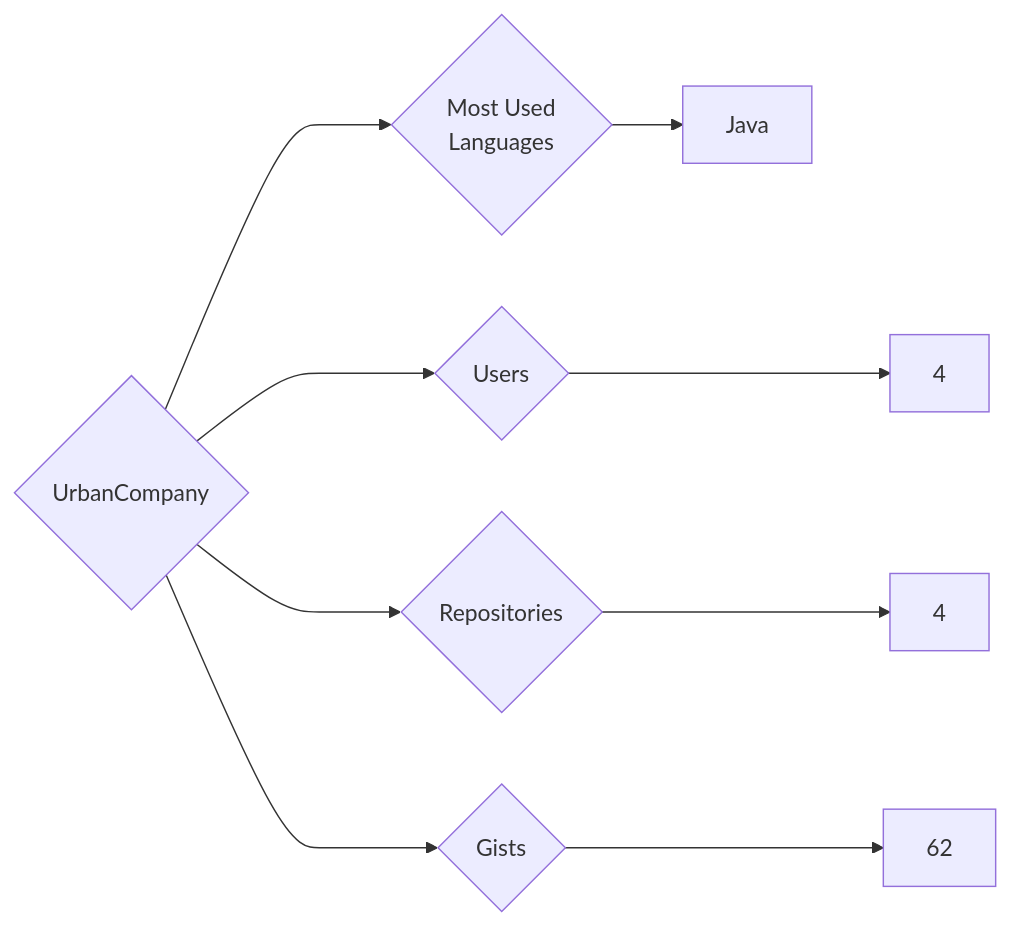
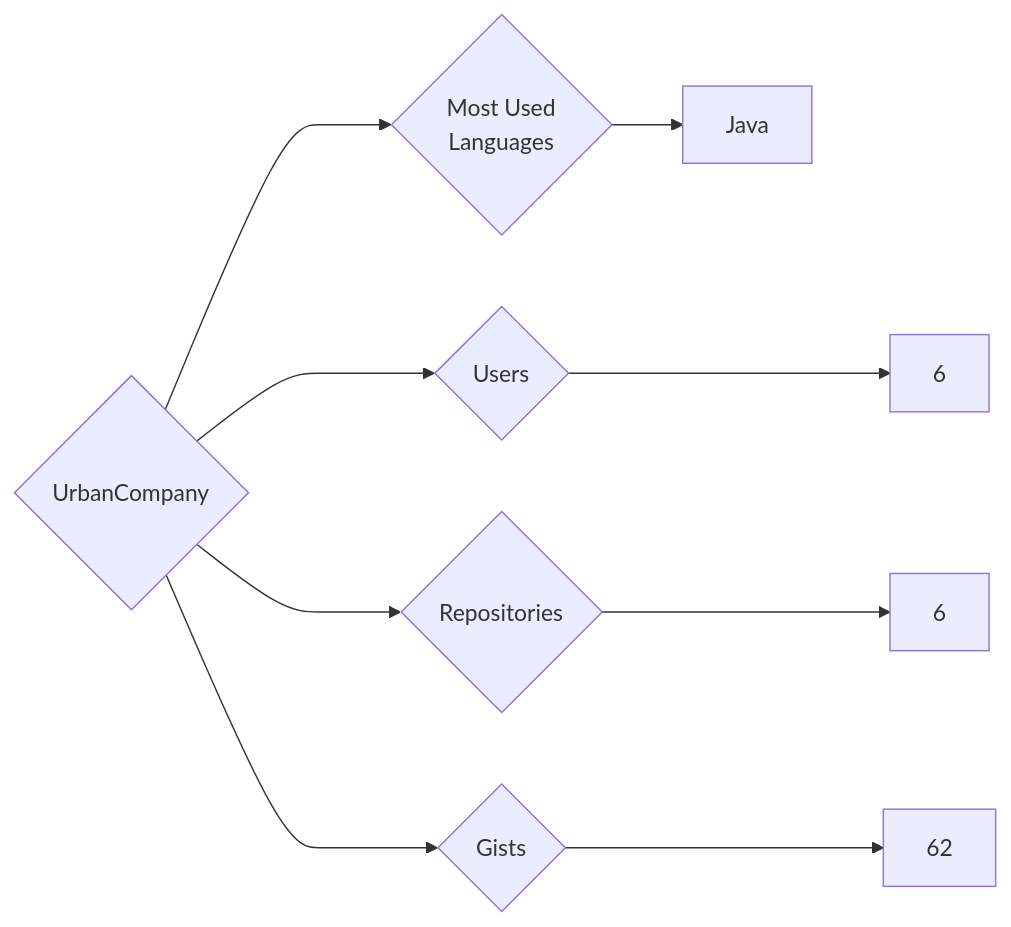
Before and after one commit to trickest/insiders: the diagram in targets/UrbanCompany/README.md, drawn with Mermaid. The commit also changed 1496 other files, not shown here.

````diff
--- a/targets/UrbanCompany/README.md
+++ b/targets/UrbanCompany/README.md
@@ -3,9 +3,9 @@
 ```mermaid
 graph LR
 COMPANY_NAME{UrbanCompany}
-COMPANY_NAME ---> U{Users} ---> UN[4]
-COMPANY_NAME ---> R{Repositories} ---> RN[4]
+COMPANY_NAME ---> U{Users} ---> UN[6]
+COMPANY_NAME ---> R{Repositories} ---> RN[6]
 COMPANY_NAME ---> G{Gists} ---> GN[62]
 COMPANY_NAME ---> ML{Most Used<br>Languages}
 ML --> Java[Java]
 ```
````
